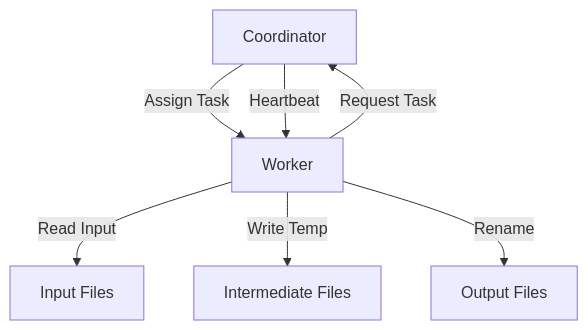
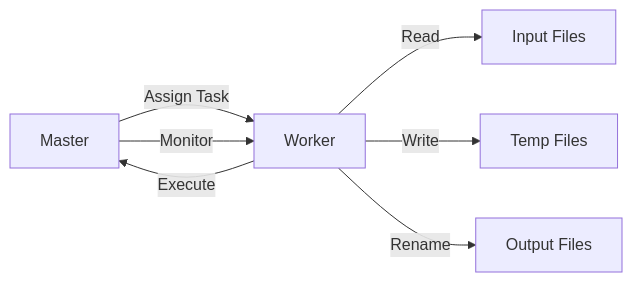
The diagram in README.md (lishunyang12/Mapreduce), drawn with Mermaid before and after one commit. The commit also changed other lines of this file, not shown here.

````diff
--- a/README.md
+++ b/README.md
@@ -5,9 +5,9 @@
 ```mermaid
-graph TD
-    A[Coordinator] -->|Assign Task| B[Worker]
-    B -->|Read Input| C[Input Files]
-    B -->|Write Temp| D[Intermediate Files]
-    B -->|Rename| E[Output Files]
-    A -->|Heartbeat| B
-    B -->|Request Task| A
+graph LR
+    M[Master] -->|Assign Task| W[Worker]
+    W -->|Execute| M
+    W -->|Read| I[Input Files]
+    W -->|Write| T[Temp Files]
+    W -->|Rename| O[Output Files]
+    M -->|Monitor| W
 ```
````
